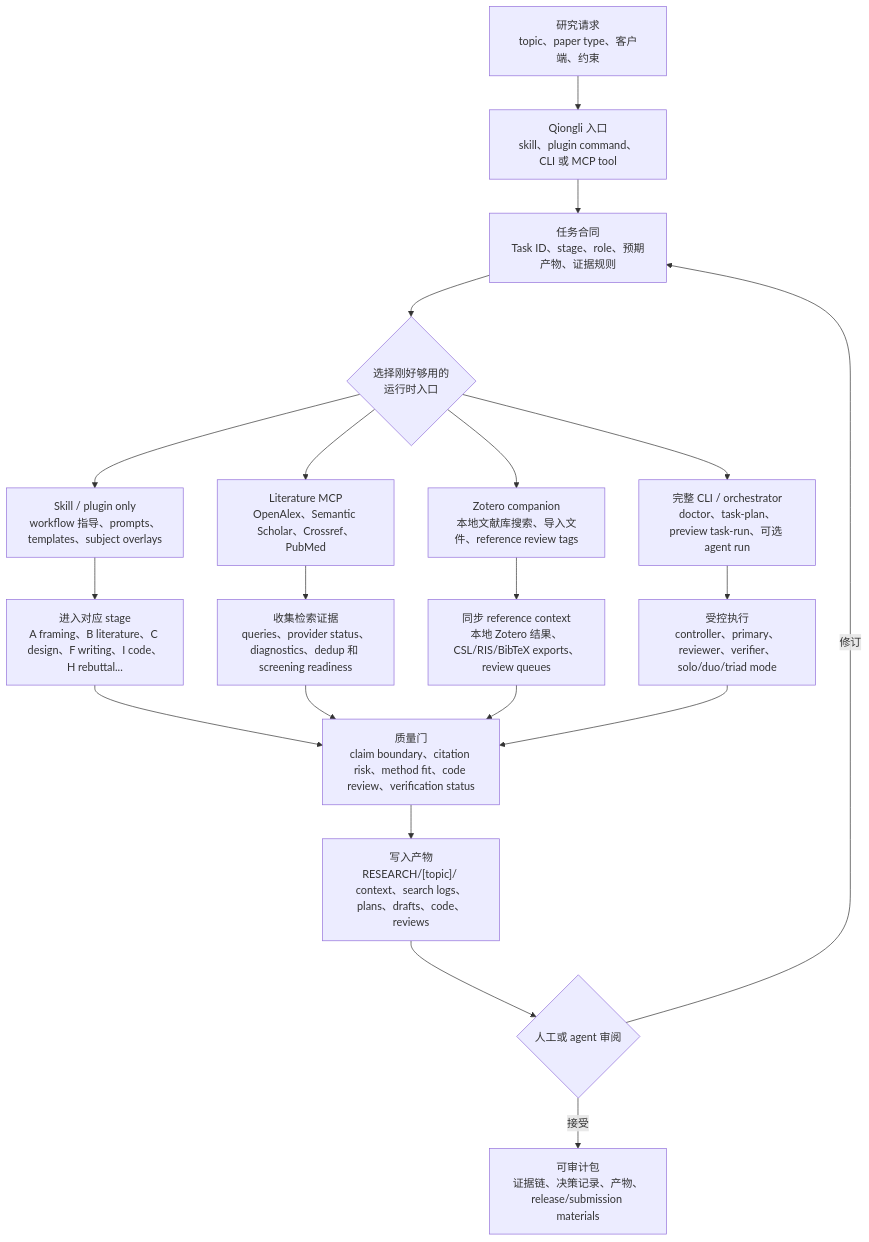
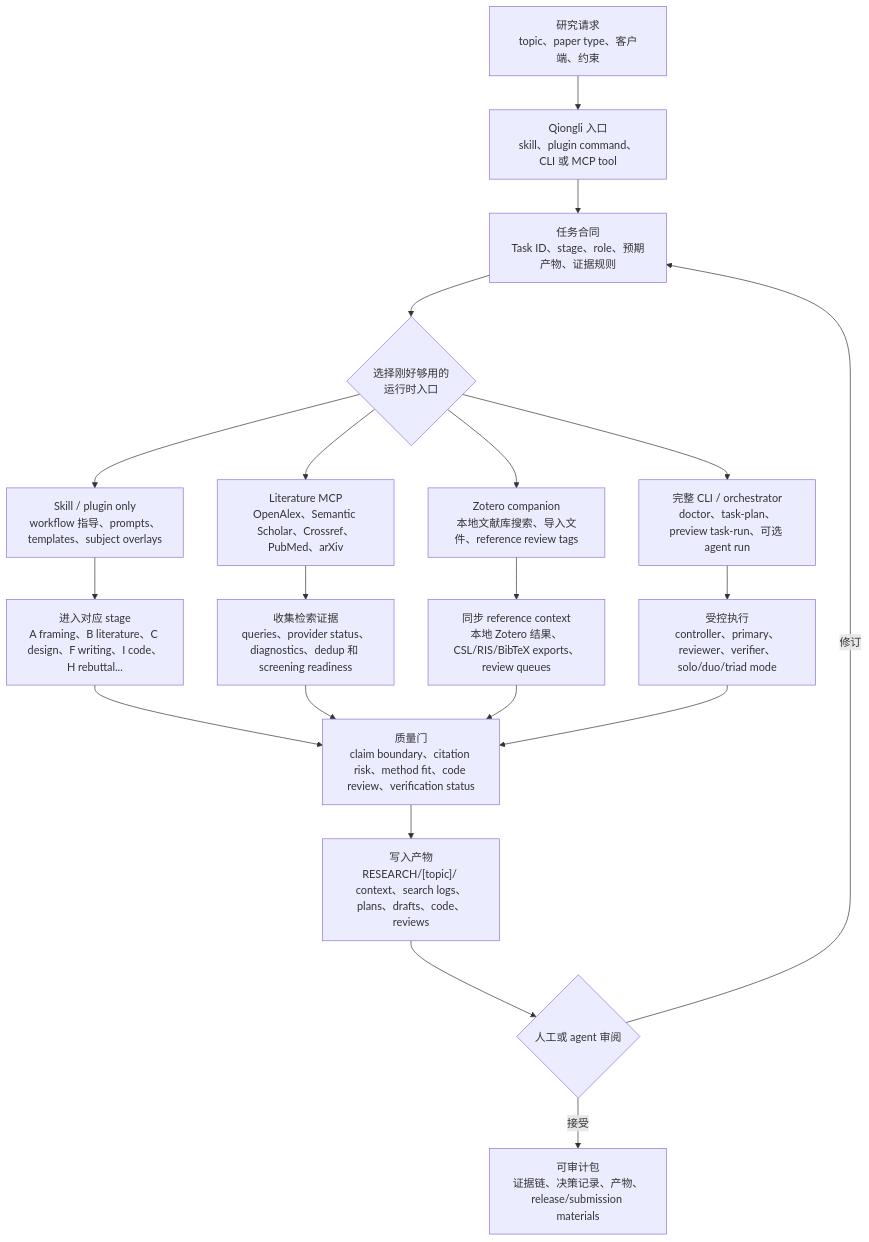
One commit to jxpeng98/qiongli changed the diagram in README_CN.md. Above: the diagram before and after it, drawn with Mermaid. The commit also changed other lines of this file and 32 other files, not shown here.

````diff
--- a/README_CN.md
+++ b/README_CN.md
@@ -66,26 +66,26 @@
 ```mermaid
 flowchart TD
     A["研究请求<br/>topic、paper type、客户端、约束"] --> B["Qiongli 入口<br/>skill、plugin command、CLI 或 MCP tool"]
     B --> C["任务合同<br/>Task ID、stage、role、预期产物、证据规则"]
     C --> D{"选择刚好够用的<br/>运行时入口"}
 
     D --> E["Skill / plugin only<br/>workflow 指导、prompts、templates、subject overlays"]
-    D --> F["Literature MCP<br/>OpenAlex、Semantic Scholar、Crossref、PubMed"]
+    D --> F["Literature MCP<br/>OpenAlex、Semantic Scholar、Crossref、PubMed、arXiv"]
     D --> G["Zotero companion<br/>本地文献库搜索、导入文件、reference review tags"]
     D --> H["完整 CLI / orchestrator<br/>doctor、task-plan、preview task-run、可选 agent run"]
 
     E --> I["进入对应 stage<br/>A framing、B literature、C design、F writing、I code、H rebuttal..."]
     F --> J["收集检索证据<br/>queries、provider status、diagnostics、dedup 和 screening readiness"]
     G --> K["同步 reference context<br/>本地 Zotero 结果、CSL/RIS/BibTeX exports、review queues"]
     H --> L["受控执行<br/>controller、primary、reviewer、verifier、solo/duo/triad mode"]
 
     I --> M["质量门<br/>claim boundary、citation risk、method fit、code review、verification status"]
     J --> M
     K --> M
     L --> M
 
     M --> N["写入产物<br/>RESEARCH/[topic]/ context、search logs、plans、drafts、code、reviews"]
     N --> O{"人工或 agent 审阅"}
     O -->|修订| C
     O -->|接受| P["可审计包<br/>证据链、决策记录、产物、release/submission materials"]
 ```
````
